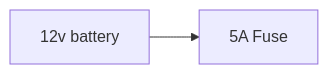
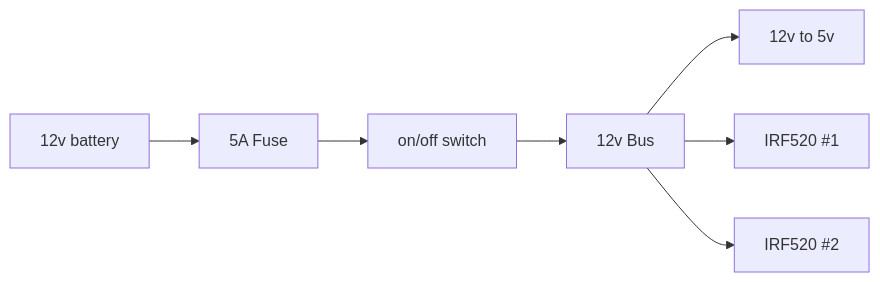
Before and after one commit to Klinsman00/ProjectCleanbot: the diagram in README.md, drawn with Mermaid.

````diff
--- a/README.md
+++ b/README.md
@@ -13,5 +13,9 @@
 ```mermaid
 flowchart LR
-  BAT["12v battery"] --> FUSE["5A Fuse"]
+  BAT["12v battery"] --> FUSE["5A Fuse"] --> SW["on/off switch"] --> BUS["12v Bus"]
+
+  BUS --> BUCK["12v to 5v"]
+  BUS --> MC1["IRF520 #1"]
+  BUS --> MC2["IRF520 #2"]
 
 ```
````
